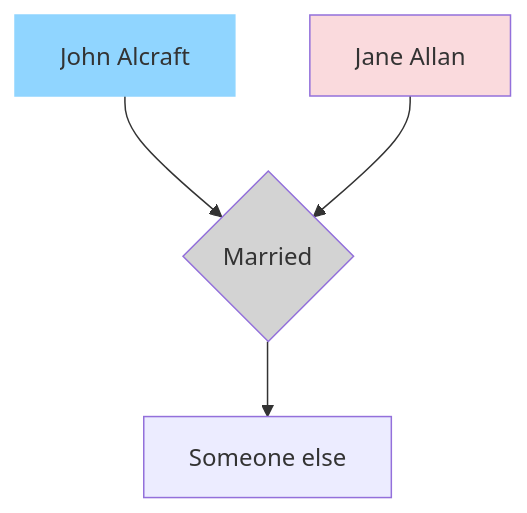
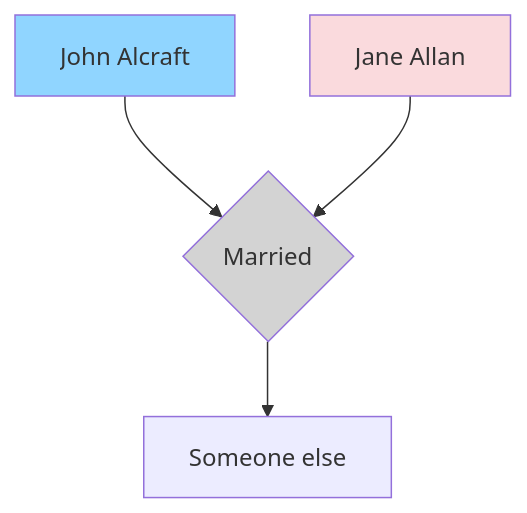
The diagram in docs/index.md (RachelAlcraft/family-tree), drawn with Mermaid before and after one commit.

````diff
--- a/docs/index.md
+++ b/docs/index.md
@@ -6,13 +6,13 @@
 ``` mermaid
 flowchart TD  
 JA1[John Alcraft] --> JAJA{Married};
 JA2[Jane Allan] --> JAJA{Married};  
 JAJA -->D[Someone else];  
 style JAJA fill:#D3D3D3
-style JA1 fill:#90d5ff,stroke:#90d5ff
+style JA1 fill:#90d5ff
 click JA1 "jones.md" "JA2"
 style JA2 fill:#FADADD
 click JA2 "jones.md" "JA1"
 
 
 ```
````
